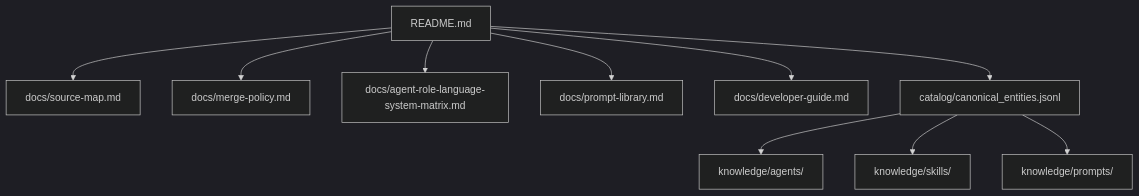
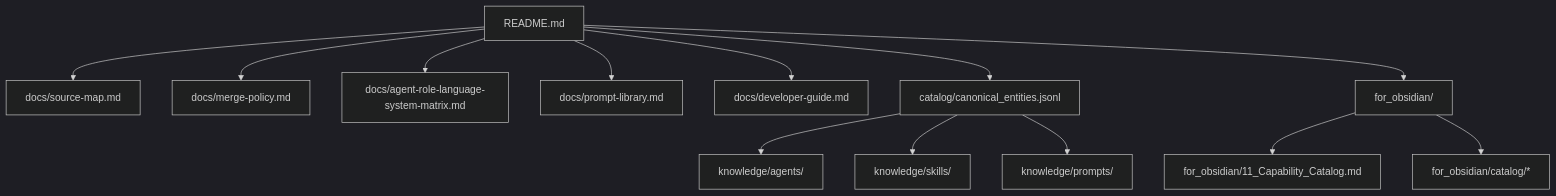
The diagram in Obsidian-Helper.md (anujraja/Codex-Software-Developer), drawn with Mermaid (dark theme) before and after one commit. The commit also changed other lines of this file and 1499 other files, not shown here.

Commit message:
Rebuild knowledge base and ship graph-first Obsidian vault bundle

````diff
--- a/Obsidian-Helper.md
+++ b/Obsidian-Helper.md
@@ -8,12 +8,15 @@
 ```mermaid
 graph TD
   A[README.md] --> B[docs/source-map.md]
   A --> C[docs/merge-policy.md]
   A --> D[docs/agent-role-language-system-matrix.md]
   A --> E[docs/prompt-library.md]
   A --> F[docs/developer-guide.md]
   A --> G[catalog/canonical_entities.jsonl]
   G --> H[knowledge/agents/]
   G --> I[knowledge/skills/]
   G --> J[knowledge/prompts/]
+  A --> K[for_obsidian/]
+  K --> L[for_obsidian/11_Capability_Catalog.md]
+  K --> M[for_obsidian/catalog/*]
 ```
````
